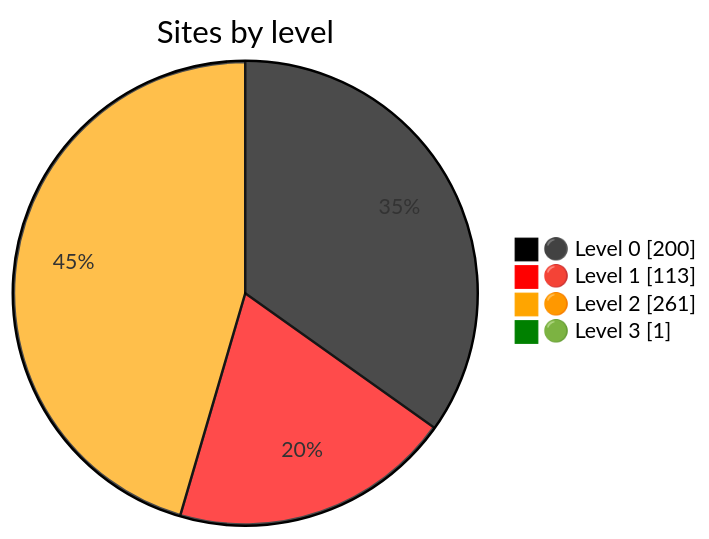
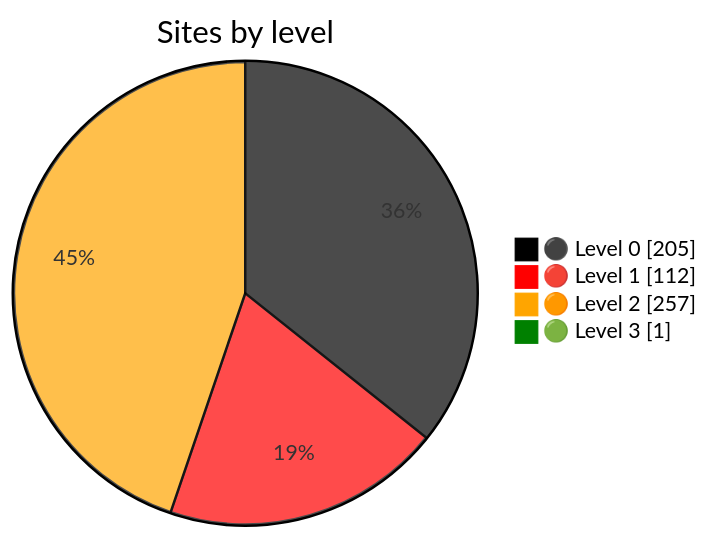
Before and after one commit to nuuuwan/gov_lk_web_auditor: the diagram in README.md, drawn with Mermaid. The commit also changed other lines of this file and 2559 other files, not shown here.

````diff
--- a/README.md
+++ b/README.md
@@ -24,9 +24,9 @@
 ```mermaid
 %%{init: {"themeVariables":{"pie1":"black","pie2":"red","pie3":"orange","pie4":"green"}}}%%
 pie showData
     title Sites by level
-    "⚫ Level 0" : 200
-    "🔴 Level 1" : 113
-    "🟠 Level 2" : 261
+    "⚫ Level 0" : 205
+    "🔴 Level 1" : 112
+    "🟠 Level 2" : 257
     "🟢 Level 3" : 1
 ```
````
